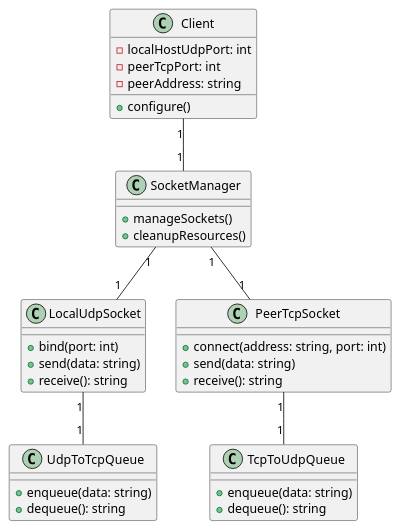
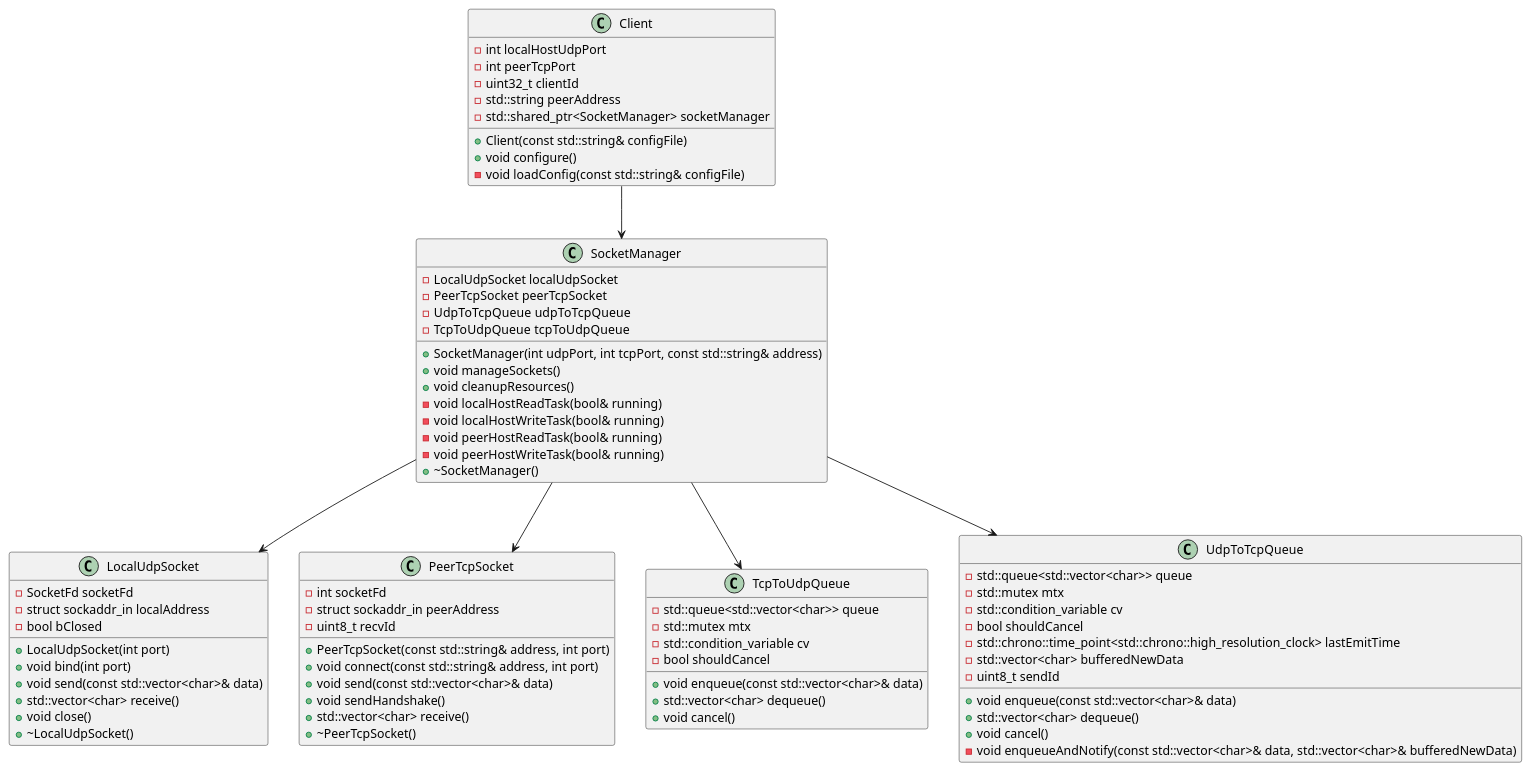
Before and after one commit to xiguichen/tcpudp: the second of 2 diagrams in doc/client.md, drawn with PlantUML. The commit also changed other lines of this file, not shown here.

Commit message:
update class diagram for the client side

```diff
--- a/doc/client.md
+++ b/doc/client.md
@@ -97,43 +99,83 @@
 @startuml
 
 class Client {
-    - localHostUdpPort: int
-    - peerTcpPort: int
-    - peerAddress: string
-    + configure()
+    - int localHostUdpPort
+    - int peerTcpPort
+    - uint32_t clientId
+    - std::string peerAddress
+    - std::shared_ptr<SocketManager> socketManager
+    + Client(const std::string& configFile)
+    + void configure()
+    - void loadConfig(const std::string& configFile)
+}
+
+class LocalUdpSocket {
+    - SocketFd socketFd
+    - struct sockaddr_in localAddress
+    - bool bClosed
+    + LocalUdpSocket(int port)
+    + void bind(int port)
+    + void send(const std::vector<char>& data)
+    + std::vector<char> receive()
+    + void close()
+    + ~LocalUdpSocket()
+}
+
+class PeerTcpSocket {
+    - int socketFd
+    - struct sockaddr_in peerAddress
+    - uint8_t recvId
+    + PeerTcpSocket(const std::string& address, int port)
+    + void connect(const std::string& address, int port)
+    + void send(const std::vector<char>& data)
+    + void sendHandshake()
+    + std::vector<char> receive()
+    + ~PeerTcpSocket()
 }
 
 class SocketManager {
-    + manageSockets()
-    + cleanupResources()
+    - LocalUdpSocket localUdpSocket
+    - PeerTcpSocket peerTcpSocket
+    - UdpToTcpQueue udpToTcpQueue
+    - TcpToUdpQueue tcpToUdpQueue
+    + SocketManager(int udpPort, int tcpPort, const std::string& address)
+    + void manageSockets()
+    + void cleanupResources()
+    - void localHostReadTask(bool& running)
+    - void localHostWriteTask(bool& running)
+    - void peerHostReadTask(bool& running)
+    - void peerHostWriteTask(bool& running)
+    + ~SocketManager()
 }
 
-class LocalUdpSocket {
-    + bind(port: int)
-    + send(data: string)
-    + receive(): string
-}
-
-class PeerTcpSocket {
-    + connect(address: string, port: int)
-    + send(data: string)
-    + receive(): string
+class TcpToUdpQueue {
+    - std::queue<std::vector<char>> queue
+    - std::mutex mtx
+    - std::condition_variable cv
+    - bool shouldCancel
+    + void enqueue(const std::vector<char>& data)
+    + std::vector<char> dequeue()
+    + void cancel()
 }
 
 class UdpToTcpQueue {
-    + enqueue(data: string)
-    + dequeue(): string
+    - std::queue<std::vector<char>> queue
+    - std::mutex mtx
+    - std::condition_variable cv
+    - bool shouldCancel
+    - std::chrono::time_point<std::chrono::high_resolution_clock> lastEmitTime
+    - std::vector<char> bufferedNewData
+    - uint8_t sendId
+    + void enqueue(const std::vector<char>& data)
+    + std::vector<char> dequeue()
+    + void cancel()
+    - void enqueueAndNotify(const std::vector<char>& data, std::vector<char>& bufferedNewData)
 }
 
-class TcpToUdpQueue {
-    + enqueue(data: string)
-    + dequeue(): string
-}
-
-Client "1" -- "1" SocketManager
-SocketManager "1" -- "1" LocalUdpSocket
-SocketManager "1" -- "1" PeerTcpSocket
-LocalUdpSocket "1" -- "1" UdpToTcpQueue
-PeerTcpSocket "1" -- "1" TcpToUdpQueue
+Client --> SocketManager
+SocketManager --> LocalUdpSocket
+SocketManager --> PeerTcpSocket
+SocketManager --> UdpToTcpQueue
+SocketManager --> TcpToUdpQueue
 
 @enduml
```
